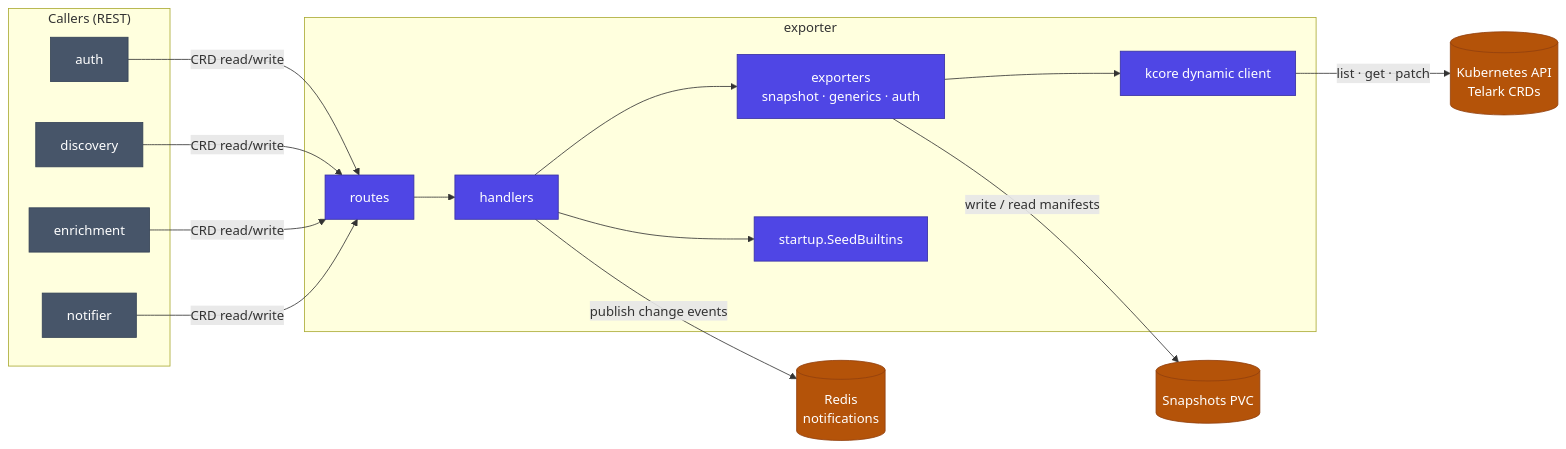
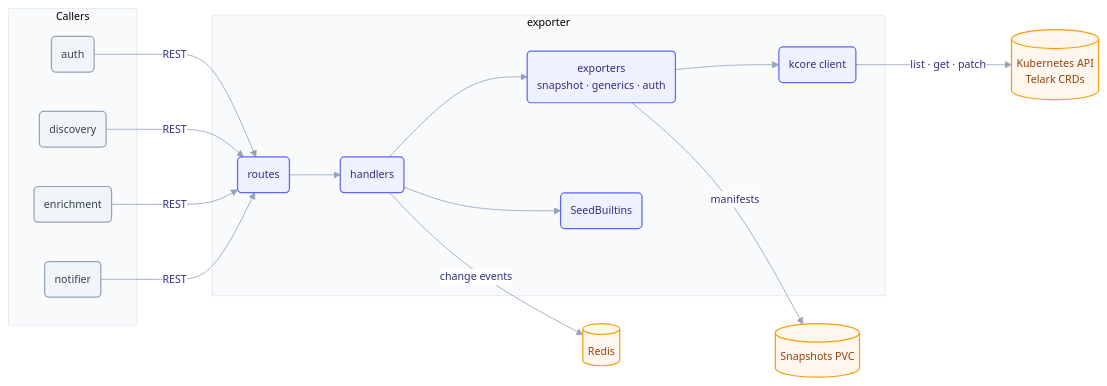
One commit to telark/telark changed the diagram in services/exporter/README.md. Above: the diagram before and after it, drawn with Mermaid. The commit also changed 14 other files, not shown here.

Commit message:
adjust README graph style and add missing annotations for CRDs

````diff
--- a/services/exporter/README.md
+++ b/services/exporter/README.md
@@ -10,32 +10,33 @@
 ```mermaid
+%%{init: {"theme":"base","themeVariables":{"fontFamily":"ui-sans-serif, system-ui, -apple-system, Segoe UI, Roboto, sans-serif","fontSize":"13px","lineColor":"#94a3b8","primaryColor":"#eef2ff","primaryBorderColor":"#6366f1","primaryTextColor":"#312e81","edgeLabelBackground":"#ffffff","clusterBkg":"#f8fafc","clusterBorder":"#e2e8f0"},"flowchart":{"curve":"basis","htmlLabels":true,"nodeSpacing":48,"rankSpacing":62,"padding":12}}}%%
 flowchart LR
-  subgraph peers["Callers (REST)"]
-    AUTH[auth]
-    DISC[discovery]
-    ENR[enrichment]
-    NTF[notifier]
+  subgraph peers["Callers"]
+    AUTH(auth)
+    DISC(discovery)
+    ENR(enrichment)
+    NTF(notifier)
   end
 
   subgraph exporter["exporter"]
-    RT[routes] --> H[handlers]
-    H --> EX[exporters<br/>snapshot · generics · auth]
-    H --> SEED[startup.SeedBuiltins]
-    EX --> KC[kcore dynamic client]
+    RT(routes) --> H(handlers)
+    H --> EX("exporters<br/>snapshot · generics · auth")
+    H --> SEED(SeedBuiltins)
+    EX --> KC(kcore client)
   end
 
   K8S[("Kubernetes API<br/>Telark CRDs")]
   PVC[("Snapshots PVC")]
-  REDIS[("Redis<br/>notifications")]
+  REDIS[("Redis")]
 
-  AUTH & DISC & ENR & NTF -->|CRD read/write| RT
+  AUTH & DISC & ENR & NTF -->|REST| RT
   KC -->|list · get · patch| K8S
-  EX -->|write / read manifests| PVC
-  H -->|publish change events| REDIS
+  EX -->|manifests| PVC
+  H -->|change events| REDIS
 
-  classDef svc fill:#4f46e5,stroke:#3730a3,color:#fff;
-  classDef store fill:#b45309,stroke:#92400e,color:#fff;
-  classDef peer fill:#475569,stroke:#334155,color:#fff;
+  classDef svc fill:#eef2ff,stroke:#6366f1,stroke-width:1.5px,color:#312e81;
+  classDef store fill:#fff7ed,stroke:#f59e0b,stroke-width:1.5px,color:#92400e;
+  classDef peer fill:#f1f5f9,stroke:#94a3b8,stroke-width:1.5px,color:#334155;
   class RT,H,EX,SEED,KC svc;
   class K8S,PVC,REDIS store;
   class AUTH,DISC,ENR,NTF peer;
 ```
````
